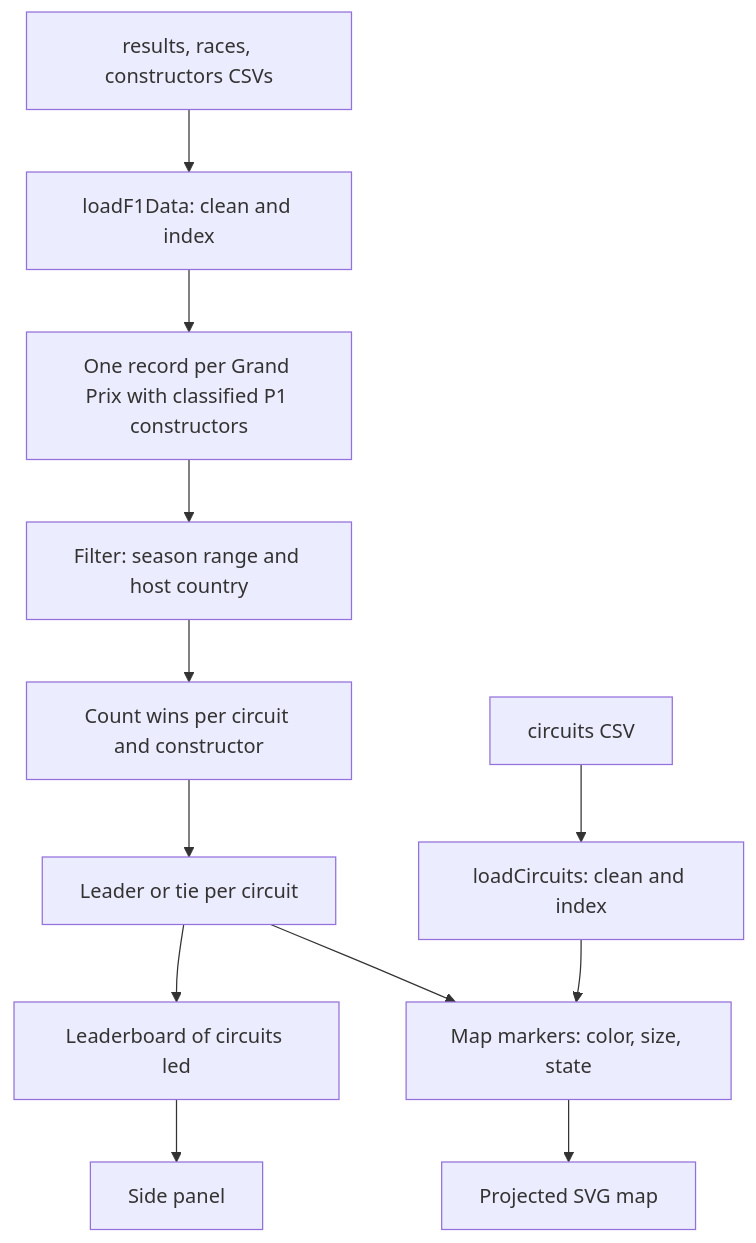
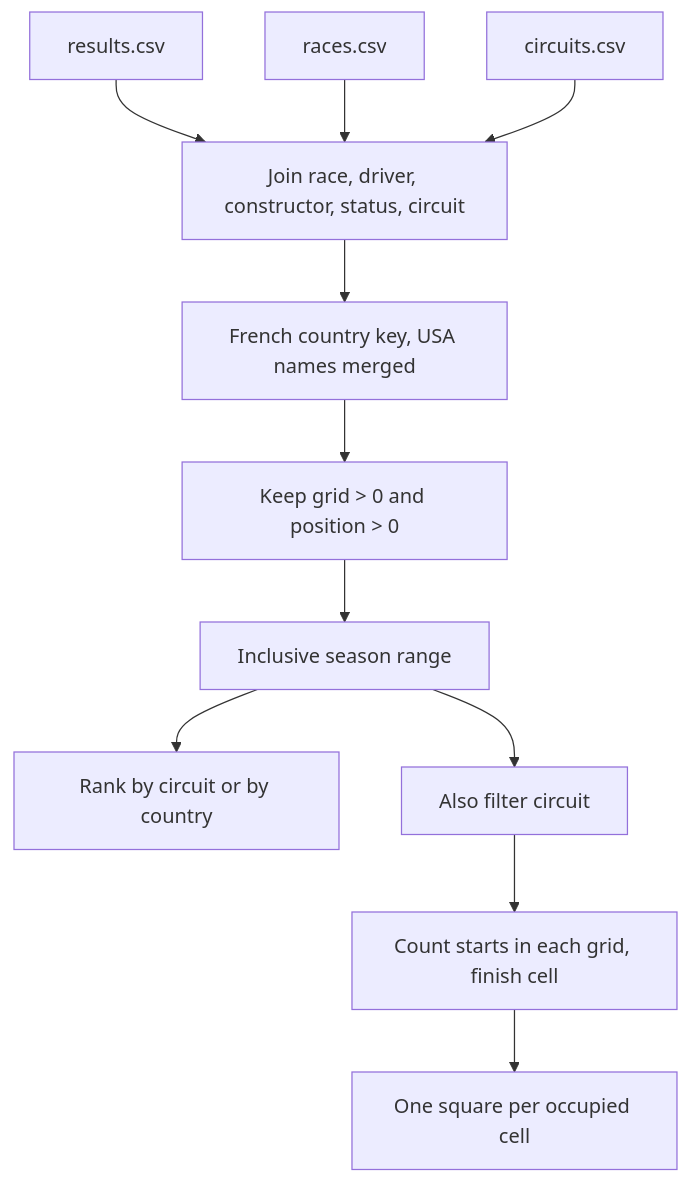
One commit to GracMatteo/DataVisualizationF1 changed the diagram in CircuitViz.md. Above: the diagram before and after it, drawn with Mermaid. The commit also changed other lines of this file and 20 other files, not shown here.

Commit message:
feat(races): add the grid-to-finish chart on the Races tab

````diff
--- a/CircuitViz.md
+++ b/CircuitViz.md
@@ -64,14 +58,13 @@
 ```mermaid
 flowchart TD
-    A[results, races, constructors CSVs] --> B[loadF1Data: clean and index]
-    C[circuits CSV] --> D[loadCircuits: clean and index]
-    B --> E[One record per Grand Prix with classified P1 constructors]
-    E --> F[Filter: season range and host country]
-    F --> G[Count wins per circuit and constructor]
-    G --> H[Leader or tie per circuit]
-    H --> I[Leaderboard of circuits led]
-    H --> J[Map markers: color, size, state]
-    D --> J
-    J --> K[Projected SVG map]
-    I --> L[Side panel]
+  results[results.csv] --> join[Join race, driver, constructor, status, circuit]
+  races[races.csv] --> join
+  circuits[circuits.csv] --> join
+  join --> country[French country key, USA names merged]
+  country --> keep["Keep grid > 0 and position > 0"]
+  keep --> season[Inclusive season range]
+  season --> rank[Rank by circuit or by country]
+  season --> filter[Also filter circuit]
+  filter --> bin["Count starts in each grid, finish cell"]
+  bin --> squares[One square per occupied cell]
 ```
````
